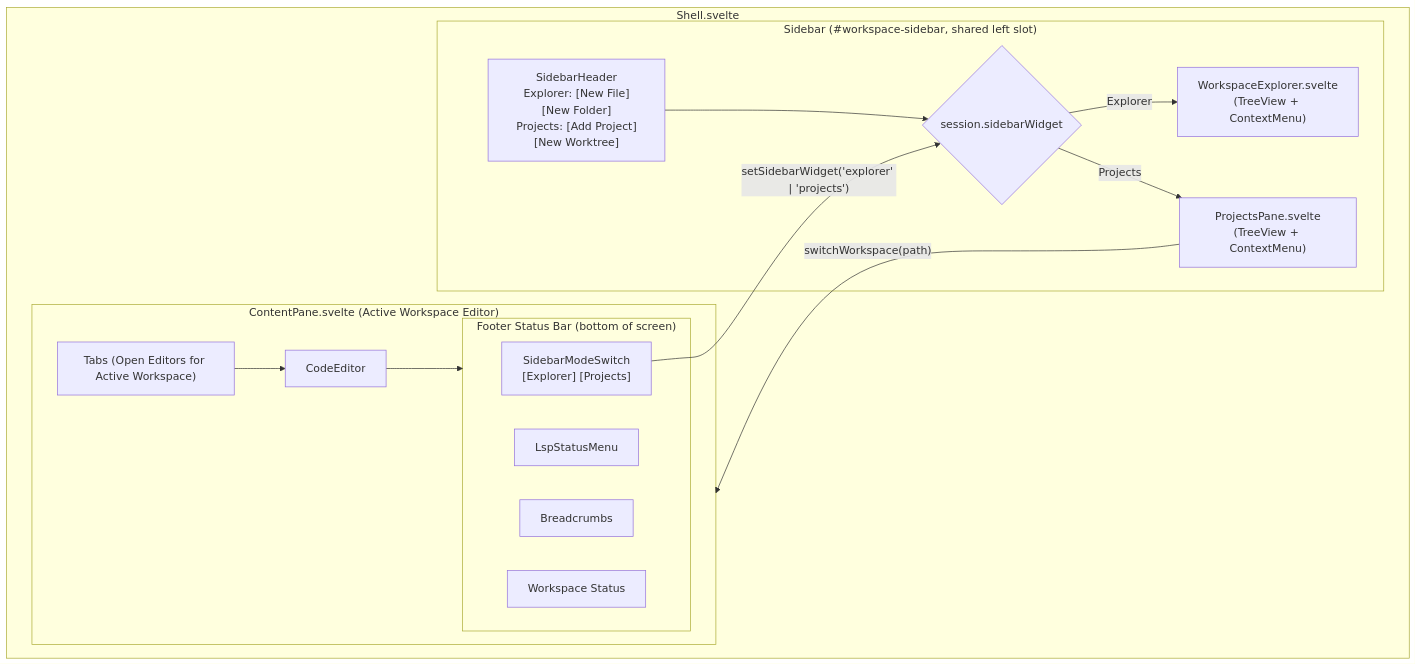
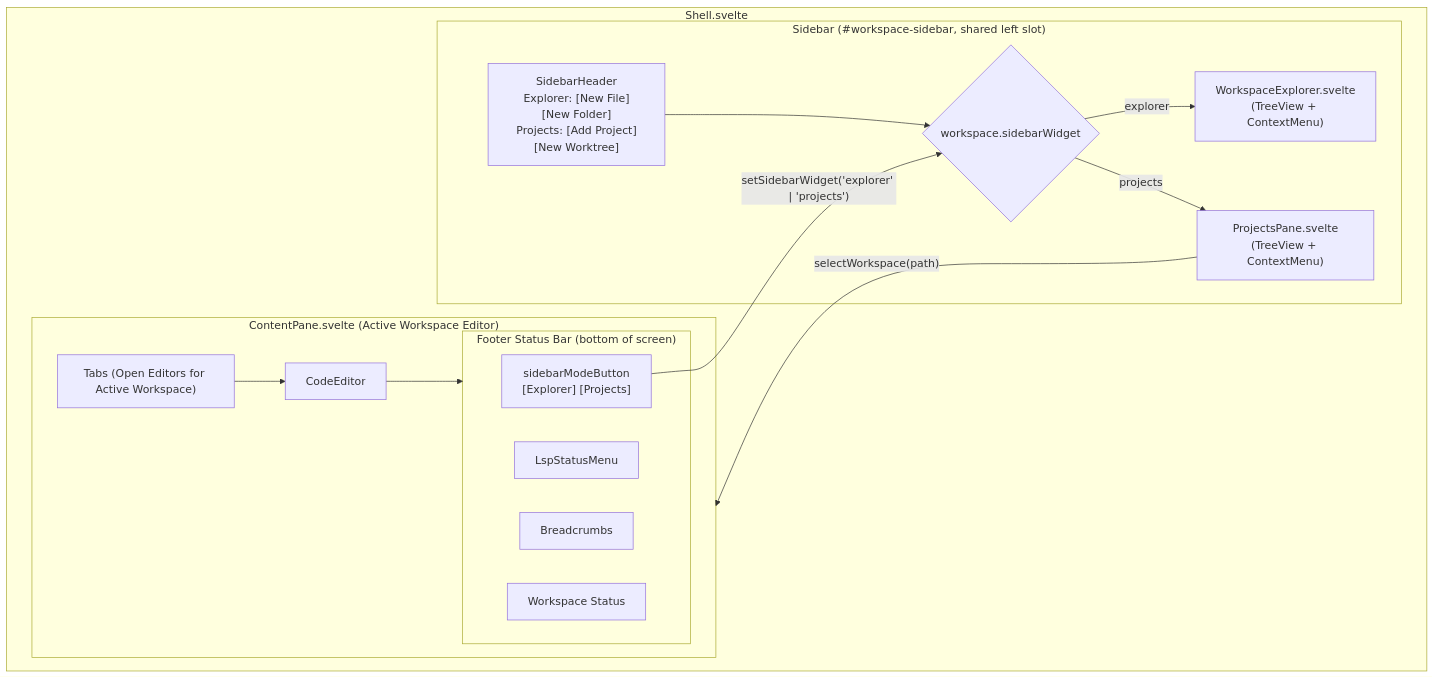
Before and after one commit to difflab-io/lgtm: the first of 2 diagrams in docs/architecture/web/projects-pane.md, drawn with Mermaid. The commit also changed other lines of this file and 33 other files, not shown here.

````diff
--- a/docs/architecture/web/projects-pane.md
+++ b/docs/architecture/web/projects-pane.md
@@ -30,29 +30,29 @@
 ```mermaid
 flowchart TB
     subgraph Shell["Shell.svelte"]
         subgraph LeftSidebar["Sidebar (#workspace-sidebar, shared left slot)"]
             HEADER["SidebarHeader\nExplorer: [New File][New Folder]\nProjects: [Add Project][New Worktree]"]
-            SLOT{"session.sidebarWidget"}
+            SLOT{"workspace.sidebarWidget"}
             EXPLORER["WorkspaceExplorer.svelte\n(TreeView + ContextMenu)"]
             PROJECTS["ProjectsPane.svelte\n(TreeView + ContextMenu)"]
             HEADER --> SLOT
-            SLOT -->|"Explorer"| EXPLORER
-            SLOT -->|"Projects"| PROJECTS
+            SLOT -->|"explorer"| EXPLORER
+            SLOT -->|"projects"| PROJECTS
         end
 
         subgraph MainPane["ContentPane.svelte (Active Workspace Editor)"]
             TABS["Tabs (Open Editors for Active Workspace)"]
             EDITOR["CodeEditor"]
             subgraph Footer["Footer Status Bar (bottom of screen)"]
-                SWITCH["SidebarModeSwitch\n[Explorer] [Projects]"]
+                SWITCH["sidebarModeButton\n[Explorer] [Projects]"]
                 LSP_MENU["LspStatusMenu"]
                 CRUMBS["Breadcrumbs"]
                 STATUS["Workspace Status"]
             end
             TABS --> EDITOR --> Footer
         end
     end
 
     SWITCH -->|"setSidebarWidget('explorer' | 'projects')"| SLOT
-    PROJECTS -->|"switchWorkspace(path)"| MainPane
+    PROJECTS -->|"selectWorkspace(path)"| MainPane
 ```
````
